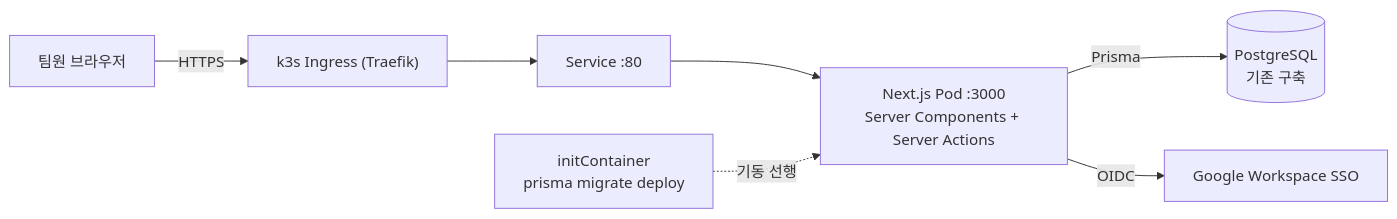
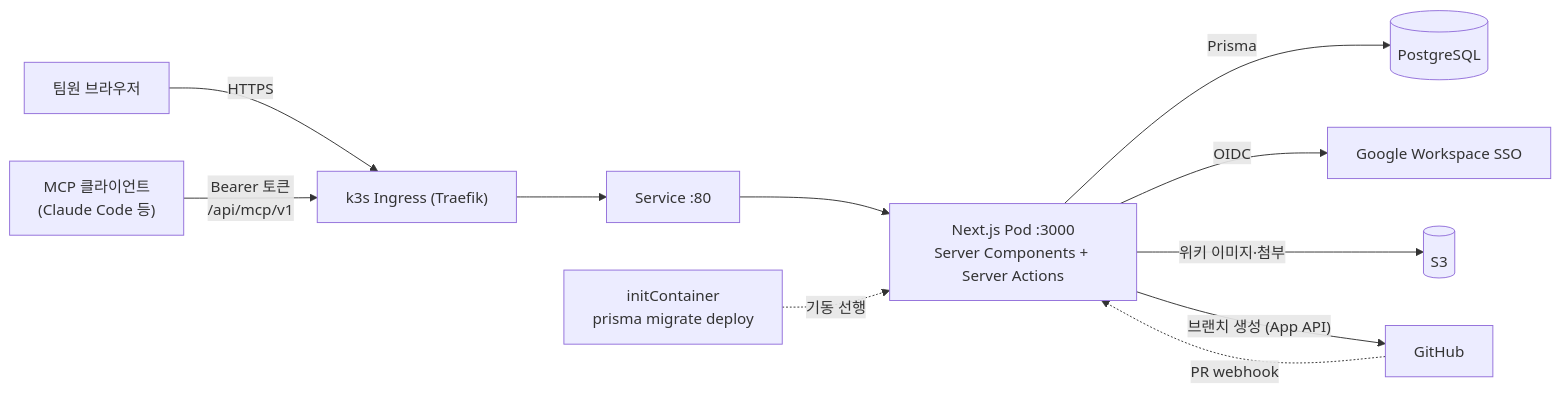
Before and after one commit to Team-Neki/Team-Neki-Sprint: the first of 4 diagrams in README.md, drawn with Mermaid. The commit also changed other lines of this file and 2 other files, not shown here.

````diff
--- a/README.md
+++ b/README.md
@@ -34,9 +58,13 @@
 ```mermaid
 flowchart LR
     U["팀원 브라우저"] -->|HTTPS| ING["k3s Ingress (Traefik)"]
+    M["MCP 클라이언트<br/>(Claude Code 등)"] -->|"Bearer 토큰<br/>/api/mcp/v1"| ING
     ING --> SVC["Service :80"]
     SVC --> POD["Next.js Pod :3000<br/>Server Components + Server Actions"]
-    POD -->|Prisma| DB[("PostgreSQL<br/>기존 구축")]
+    POD -->|Prisma| DB[("PostgreSQL")]
     POD -->|OIDC| G["Google Workspace SSO"]
+    POD -->|위키 이미지·첨부| S3[("S3")]
+    POD -->|"브랜치 생성 (App API)"| GH["GitHub"]
+    GH -.->|"PR webhook"| POD
     INIT["initContainer<br/>prisma migrate deploy"] -.->|기동 선행| POD
 ```
````
